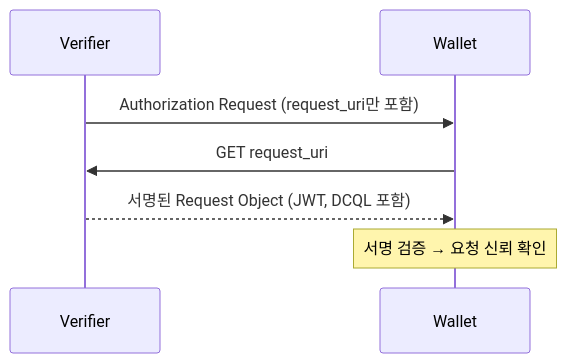
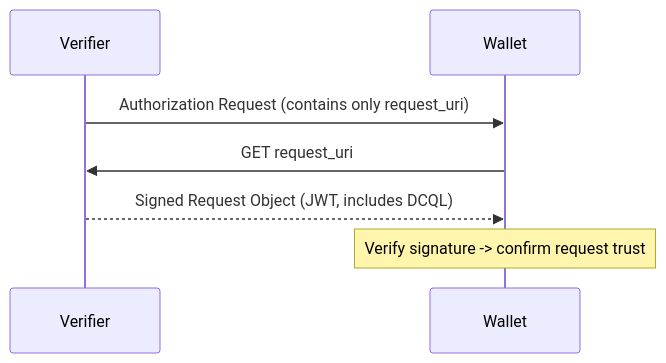
Before and after one commit to OmniOneID/poc-oid4vc: the second of 4 diagrams in docs/concepts/oid4vp/oid4vp_presentation_flow.md, drawn with Mermaid. The commit also changed other lines of this file and 29 other files, not shown here.

````diff
--- a/docs/concepts/oid4vp/oid4vp_presentation_flow.md
+++ b/docs/concepts/oid4vp/oid4vp_presentation_flow.md
@@ -73,9 +69,9 @@
 ```mermaid
 sequenceDiagram
     participant V as Verifier
     participant W as Wallet
-    V->>W: Authorization Request (request_uri만 포함)
+    V->>W: Authorization Request (contains only request_uri)
     W->>V: GET request_uri
-    V-->>W: 서명된 Request Object (JWT, DCQL 포함)
-    Note over W: 서명 검증 → 요청 신뢰 확인
+    V-->>W: Signed Request Object (JWT, includes DCQL)
+    Note over W: Verify signature -> confirm request trust
 ```
````
